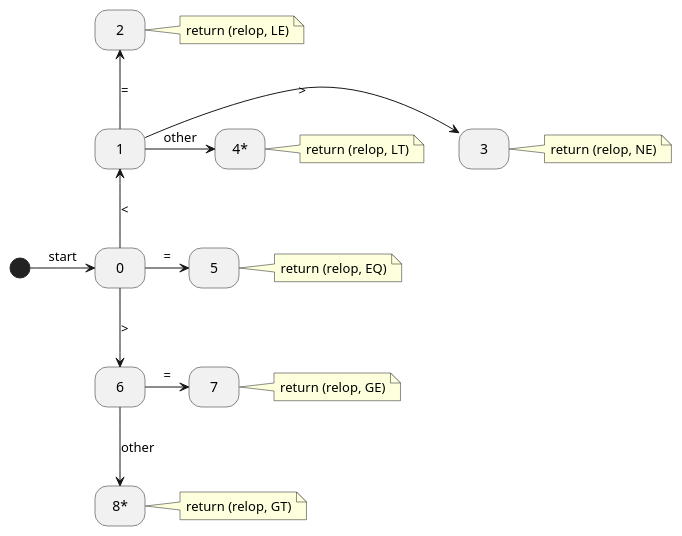
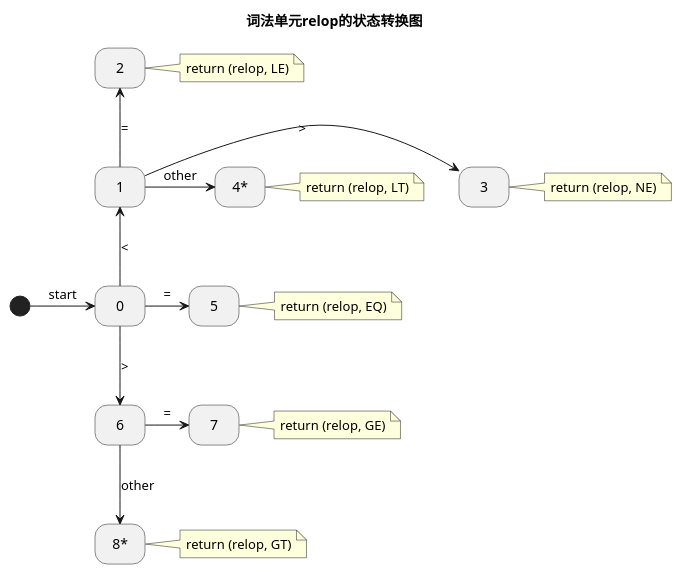
The diagram in cs/Compilers/doc/assets/3_4_1.plantuml (chericc/main), drawn with PlantUML before and after one commit. The commit also changed 8 other files, not shown here.

```diff
--- a/cs/Compilers/doc/assets/3_4_1.plantuml
+++ b/cs/Compilers/doc/assets/3_4_1.plantuml
@@ -1,28 +1,28 @@
 @startuml
 
+title 词法单元relop的状态转换图
+
 hide empty description
-
-
 
 [*] -> 0: start
 
 state "4*" as 4
 state "8*" as 8
 
 0 -up-> 1: <
 1 -up-> 2: =
 1 -right-> 3: >
 1 -right-> 4: other
 0 -right-> 5: =
 0 -down-> 6: >
 6 -right-> 7: =
 6 -down-> 8: other
 
 note right of 2: return (relop, LE)
 note right of 3: return (relop, NE)
 note right of 4: return (relop, LT)
 note right of 5: return (relop, EQ)
 note right of 7: return (relop, GE)
 note right of 8: return (relop, GT)
 
 @enduml
```
